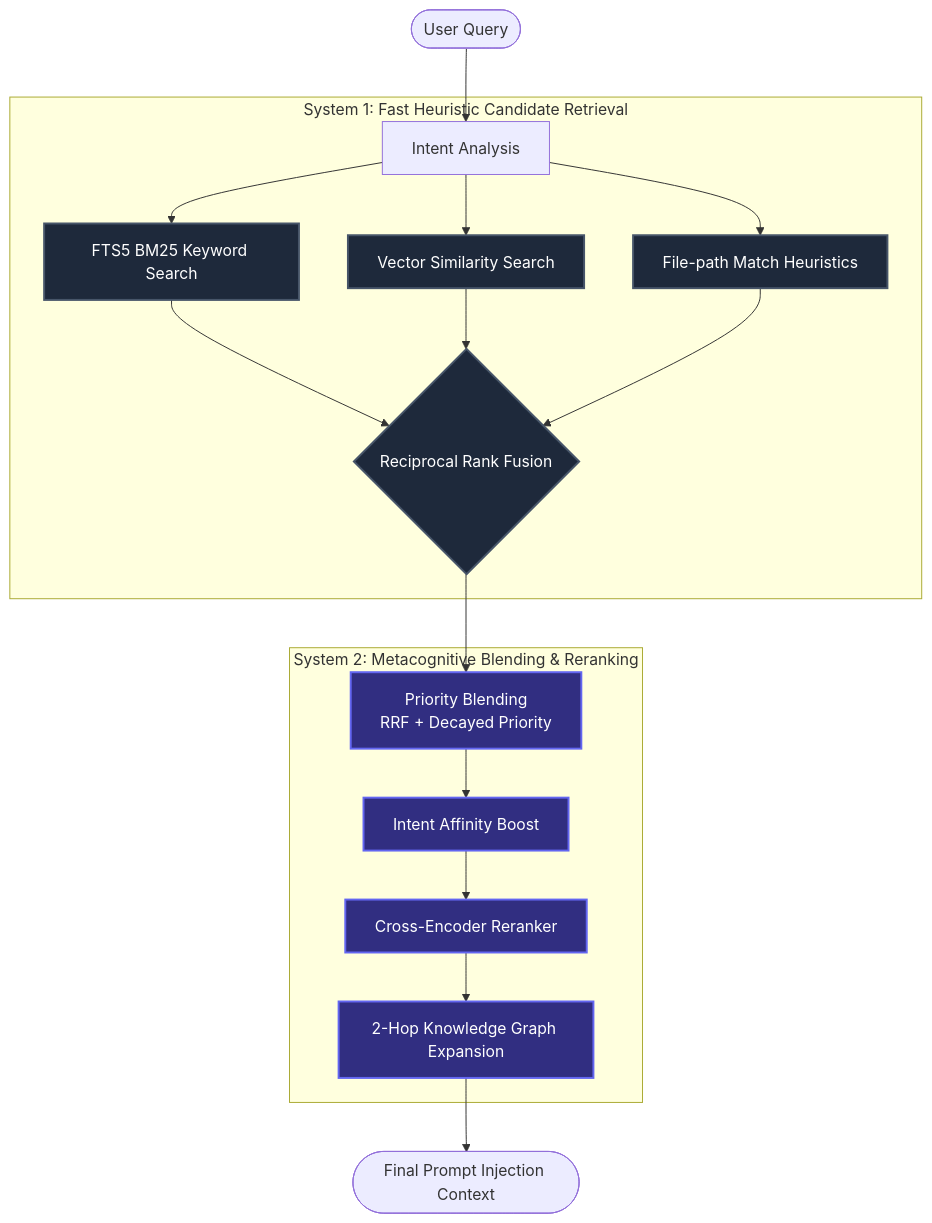
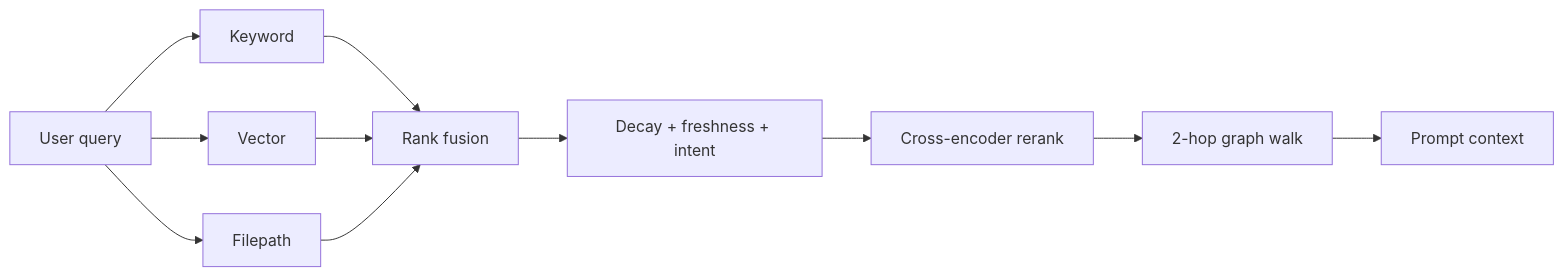
One commit to kinqsradiollc/BrainRouter changed the second of 2 diagrams in BRAINROUTER.md. Above: the diagram before and after it, drawn with Mermaid. The commit also changed other lines of this file and 74 other files, not shown here.

````diff
--- a/BRAINROUTER.md
+++ b/BRAINROUTER.md
@@ -150,27 +29,13 @@
 ```mermaid
-graph TD
-    %% Styling
-    classDef sys1 fill:#1e293b,stroke:#475569,stroke-width:2px,color:#fff;
-    classDef sys2 fill:#312e81,stroke:#6366f1,stroke-width:2px,color:#fff;
-    
-    Query([User Query]) --> Tags[Intent Analysis]
-    
-    subgraph Sys1 [System 1: Fast Heuristic Candidate Retrieval]
-        Tags --> FTS[FTS5 BM25 Keyword Search]:::sys1
-        Tags --> Vec[Vector Similarity Search]:::sys1
-        Tags --> Path[File-path Match Heuristics]:::sys1
-        
-        FTS --> RRF{Reciprocal Rank Fusion}:::sys1
-        Vec --> RRF
-        Path --> RRF
-    end
-
-    subgraph Sys2 [System 2: Metacognitive Blending & Reranking]
-        RRF --> Blend[Priority Blending<br/>RRF + Decayed Priority]:::sys2
-        Blend --> Affinity[Intent Affinity Boost]:::sys2
-        Affinity --> Rerank[Cross-Encoder Reranker]:::sys2
-        Rerank --> GraphExp[2-Hop Knowledge Graph Expansion]:::sys2
-    end
-    
-    GraphExp --> Context([Final Prompt Injection Context])
+graph LR
+    Q[User query] --> FTS[Keyword]
+    Q --> Vec[Vector]
+    Q --> Path[Filepath]
+    FTS --> Fuse[Rank fusion]
+    Vec --> Fuse
+    Path --> Fuse
+    Fuse --> Rank[Decay + freshness + intent]
+    Rank --> Rerank[Cross-encoder rerank]
+    Rerank --> Graph[2-hop graph walk]
+    Graph --> Out[Prompt context]
 ```
````
